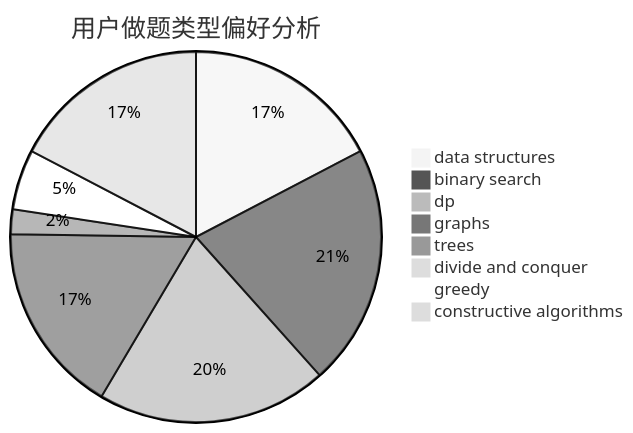
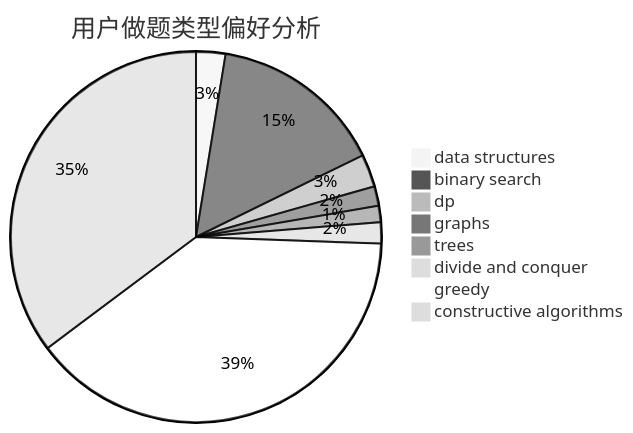
Before and after one commit to sherpahu/cfrs.github.io: the second of 3 diagrams in docs/user/u39.md, drawn with Mermaid (neutral theme). The commit also changed other lines of this file and 2770 other files, not shown here.

````diff
--- a/docs/user/u39.md
+++ b/docs/user/u39.md
@@ -23,11 +23,11 @@
 ```mermaid
 pie title 用户做题类型偏好分析
-    "data structures" :  56
-    "binary search" :  68
-    "dp" :  65
-    "graphs" :  54
-    "trees" :  7
-    "divide and conquer" :  0
-    "greedy" :  17
-    "constructive algorithms" :  56
+    "data structures" :  18
+    "binary search" :  107
+    "dp" :  20
+    "graphs" :  12
+    "trees" :  10
+    "divide and conquer" :  13
+    "greedy" :  276
+    "constructive algorithms" :  248
 ```
````
